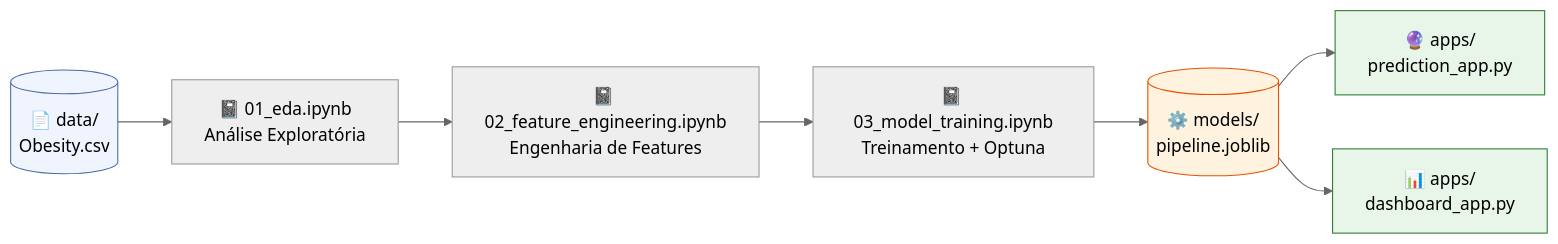
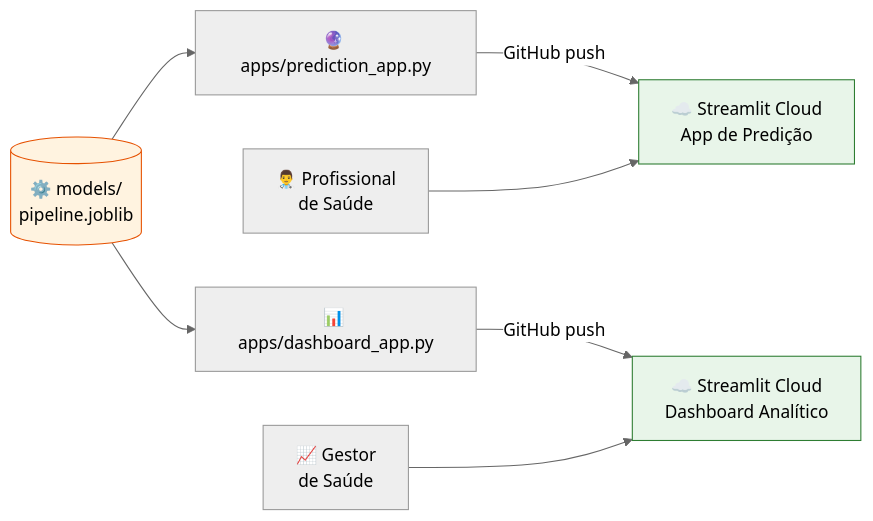
Before and after one commit to mauro-manso-fiap/tech-challenge-04: the second of 2 diagrams in README.md, drawn with Mermaid (neutral theme). The commit also changed other lines of this file, not shown here.

Commit message:
docs: expand README with problem context, data insights, and technical decisions

````diff
--- a/README.md
+++ b/README.md
@@ -33,14 +257,13 @@
 ```mermaid
 flowchart LR
-    A[("📄 data/\nObesity.csv")] --> B["📓 01_eda.ipynb\nAnálise Exploratória"]
-    B --> C["📓 02_feature_engineering.ipynb\nEngenharia de Features"]
-    C --> D["📓 03_model_training.ipynb\nTreinamento + Optuna"]
-    D --> E[("⚙️ models/\npipeline.joblib")]
-    E --> F["🔮 apps/\nprediction_app.py"]
-    E --> G["📊 apps/\ndashboard_app.py"]
+    A[("⚙️ models/\npipeline.joblib")] --> B["🔮 apps/prediction_app.py"]
+    A --> C["📊 apps/dashboard_app.py"]
+    B -->|"GitHub push"| D["☁️ Streamlit Cloud\nApp de Predição"]
+    C -->|"GitHub push"| E["☁️ Streamlit Cloud\nDashboard Analítico"]
+    F["👨‍⚕️ Profissional\nde Saúde"] --> D
+    G["📈 Gestor\nde Saúde"] --> E
 
-    style A fill:#f0f4ff,stroke:#4a6fa5
-    style E fill:#fff3e0,stroke:#e65100
-    style F fill:#e8f5e9,stroke:#2e7d32
-    style G fill:#e8f5e9,stroke:#2e7d32
+    style A fill:#fff3e0,stroke:#e65100
+    style D fill:#e8f5e9,stroke:#2e7d32
+    style E fill:#e8f5e9,stroke:#2e7d32
 ```
````
